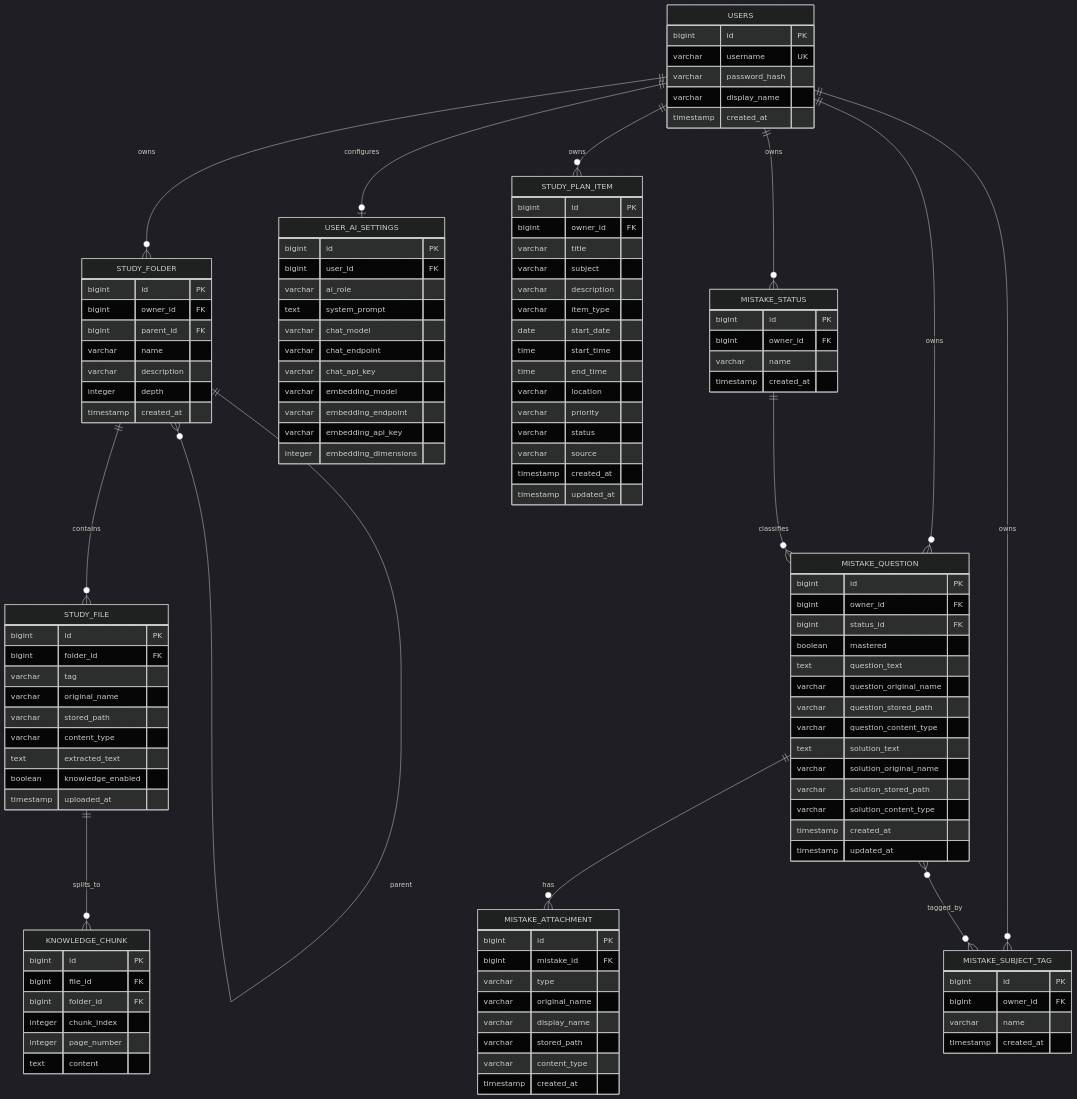
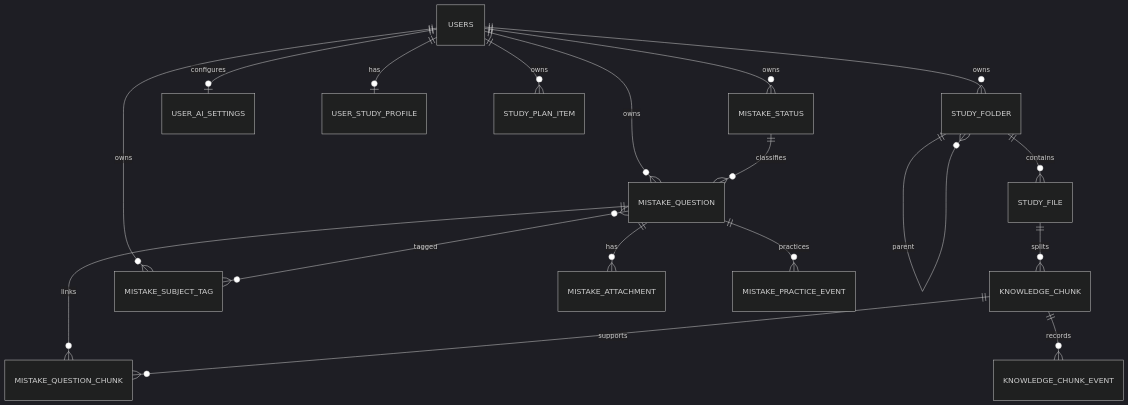
One commit to LinHonk1128/ips_java changed the ninth of 9 diagrams in docs/02-system-architecture.md. Above: the diagram before and after it, drawn with Mermaid (dark theme). The commit also changed other lines of this file and 48 other files, not shown here.

````diff
--- a/docs/02-system-architecture.md
+++ b/docs/02-system-architecture.md
@@ -237,128 +261,20 @@
     USERS ||--o{ STUDY_FOLDER : owns
     STUDY_FOLDER ||--o{ STUDY_FOLDER : parent
     STUDY_FOLDER ||--o{ STUDY_FILE : contains
-    STUDY_FILE ||--o{ KNOWLEDGE_CHUNK : splits_to
+    STUDY_FILE ||--o{ KNOWLEDGE_CHUNK : splits
 
     USERS ||--o| USER_AI_SETTINGS : configures
+    USERS ||--o| USER_STUDY_PROFILE : has
     USERS ||--o{ STUDY_PLAN_ITEM : owns
 
+    KNOWLEDGE_CHUNK ||--o{ KNOWLEDGE_CHUNK_EVENT : records
     USERS ||--o{ MISTAKE_STATUS : owns
     USERS ||--o{ MISTAKE_SUBJECT_TAG : owns
     USERS ||--o{ MISTAKE_QUESTION : owns
     MISTAKE_STATUS ||--o{ MISTAKE_QUESTION : classifies
     MISTAKE_QUESTION ||--o{ MISTAKE_ATTACHMENT : has
-    MISTAKE_QUESTION }o--o{ MISTAKE_SUBJECT_TAG : tagged_by
-
-    USERS {
-        bigint id PK
-        varchar username UK
-        varchar password_hash
-        varchar display_name
-        timestamp created_at
-    }
-
-    STUDY_FOLDER {
-        bigint id PK
-        bigint owner_id FK
-        bigint parent_id FK
-        varchar name
-        varchar description
-        integer depth
-        timestamp created_at
-    }
-
-    STUDY_FILE {
-        bigint id PK
-        bigint folder_id FK
-        varchar tag
-        varchar original_name
-        varchar stored_path
-        varchar content_type
-        text extracted_text
-        boolean knowledge_enabled
-        timestamp uploaded_at
-    }
-
-    KNOWLEDGE_CHUNK {
-        bigint id PK
-        bigint file_id FK
-        bigint folder_id FK
-        integer chunk_index
-        integer page_number
-        text content
-    }
-
-    USER_AI_SETTINGS {
-        bigint id PK
-        bigint user_id FK
-        varchar ai_role
-        text system_prompt
-        varchar chat_model
-        varchar chat_endpoint
-        varchar chat_api_key
-        varchar embedding_model
-        varchar embedding_endpoint
-        varchar embedding_api_key
-        integer embedding_dimensions
-    }
-
-    STUDY_PLAN_ITEM {
-        bigint id PK
-        bigint owner_id FK
-        varchar title
-        varchar subject
-        varchar description
-        varchar item_type
-        date start_date
-        time start_time
-        time end_time
-        varchar location
-        varchar priority
-        varchar status
-        varchar source
-        timestamp created_at
-        timestamp updated_at
-    }
-
-    MISTAKE_QUESTION {
-        bigint id PK
-        bigint owner_id FK
-        bigint status_id FK
-        boolean mastered
-        text question_text
-        varchar question_original_name
-        varchar question_stored_path
-        varchar question_content_type
-        text solution_text
-        varchar solution_original_name
-        varchar solution_stored_path
-        varchar solution_content_type
-        timestamp created_at
-        timestamp updated_at
-    }
-
-    MISTAKE_ATTACHMENT {
-        bigint id PK
-        bigint mistake_id FK
-        varchar type
-        varchar original_name
-        varchar display_name
-        varchar stored_path
-        varchar content_type
-        timestamp created_at
-    }
-
-    MISTAKE_STATUS {
-        bigint id PK
-        bigint owner_id FK
-        varchar name
-        timestamp created_at
-    }
-
-    MISTAKE_SUBJECT_TAG {
-        bigint id PK
-        bigint owner_id FK
-        varchar name
-        timestamp created_at
-    }
+    MISTAKE_QUESTION ||--o{ MISTAKE_QUESTION_CHUNK : links
+    KNOWLEDGE_CHUNK ||--o{ MISTAKE_QUESTION_CHUNK : supports
+    MISTAKE_QUESTION ||--o{ MISTAKE_PRACTICE_EVENT : practices
+    MISTAKE_QUESTION }o--o{ MISTAKE_SUBJECT_TAG : tagged
 ```
````
